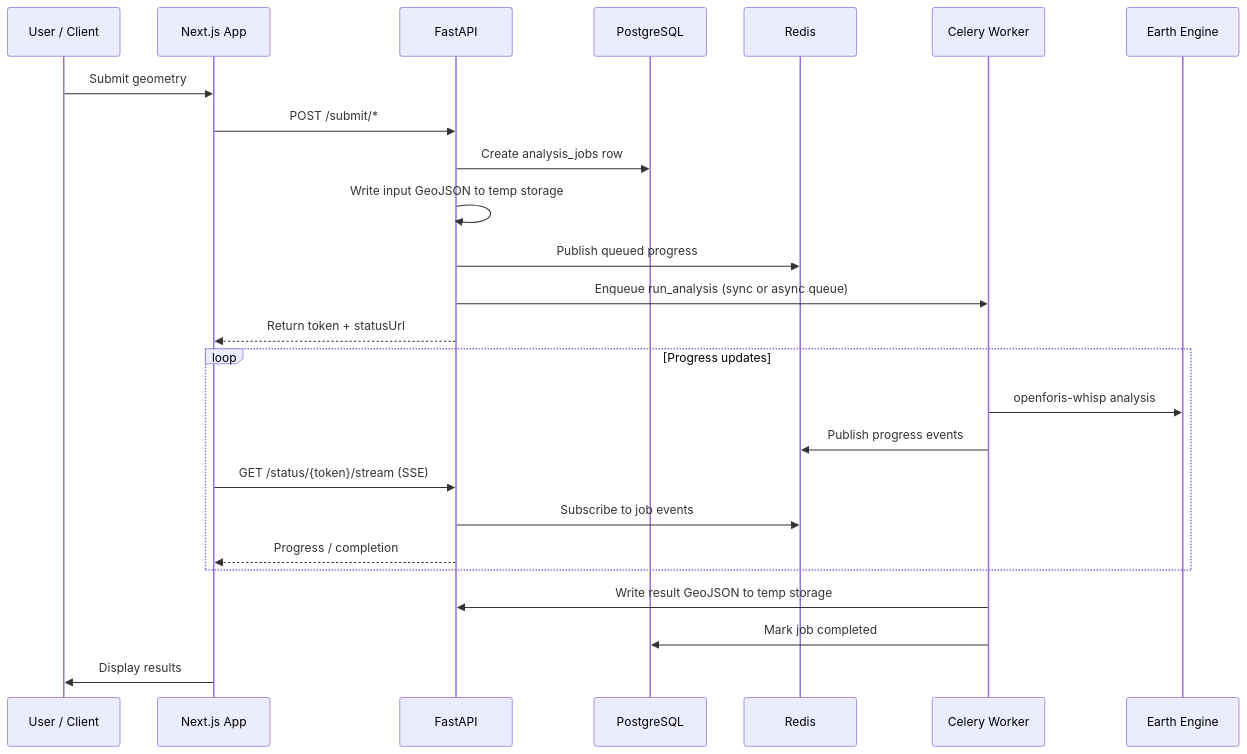
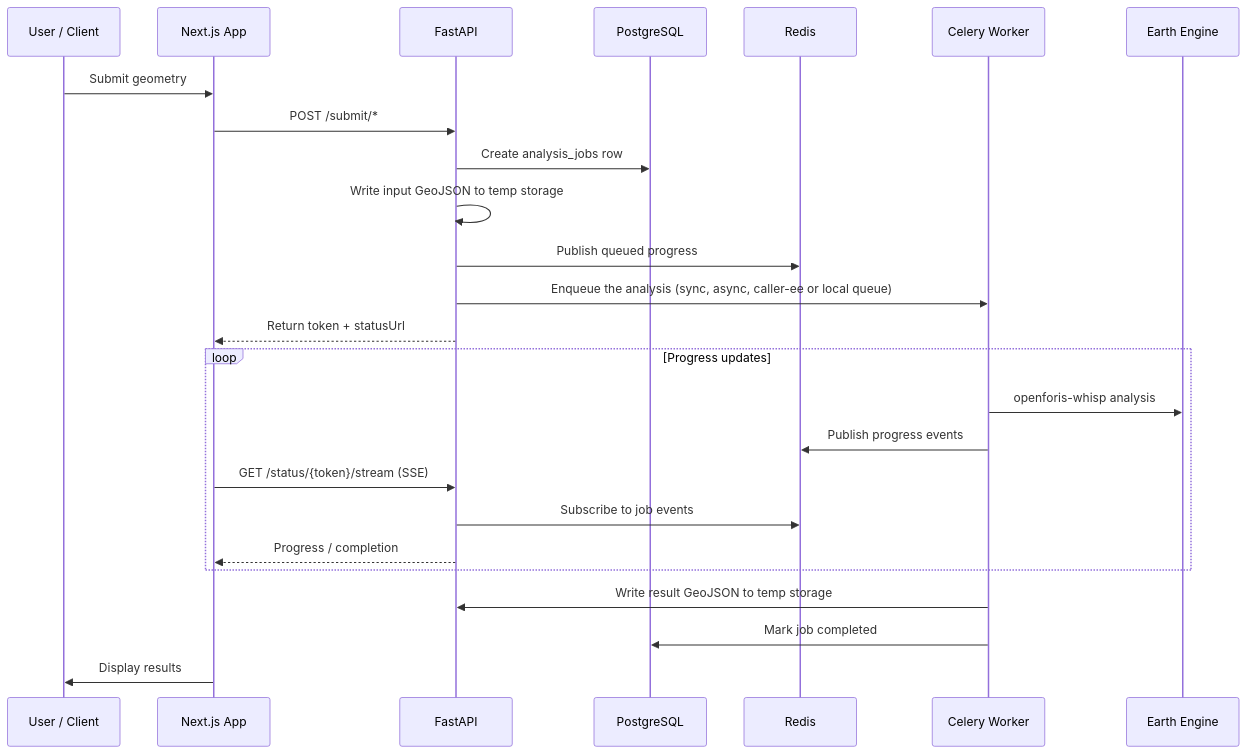
The second of 3 diagrams in README.md (forestdatapartnership/whisp-app), drawn with Mermaid before and after one commit. The commit also changed other lines of this file and 43 other files, not shown here.

````diff
--- a/README.md
+++ b/README.md
@@ -96,30 +102,30 @@
 ```mermaid
 sequenceDiagram
     participant U as User / Client
     participant APP as Next.js App
     participant API as FastAPI
     participant DB as PostgreSQL
     participant R as Redis
     participant W as Celery Worker
     participant GEE as Earth Engine
 
     U->>APP: Submit geometry
     APP->>API: POST /submit/*
     API->>DB: Create analysis_jobs row
     API->>API: Write input GeoJSON to temp storage
     API->>R: Publish queued progress
-    API->>W: Enqueue run_analysis (sync or async queue)
+    API->>W: Enqueue the analysis (sync, async, caller-ee or local queue)
     API-->>APP: Return token + statusUrl
 
     loop Progress updates
         W->>GEE: openforis-whisp analysis
         W->>R: Publish progress events
         APP->>API: GET /status/{token}/stream (SSE)
         API->>R: Subscribe to job events
         API-->>APP: Progress / completion
     end
 
     W->>API: Write result GeoJSON to temp storage
     W->>DB: Mark job completed
     APP->>U: Display results
 ```
````
